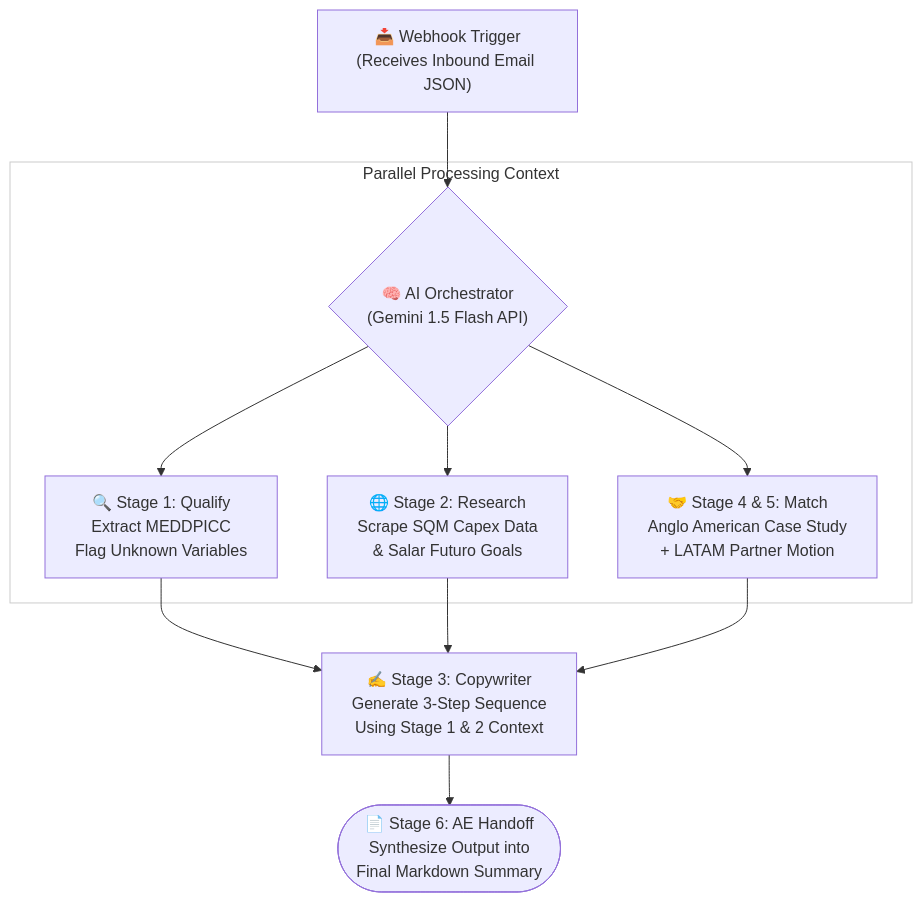
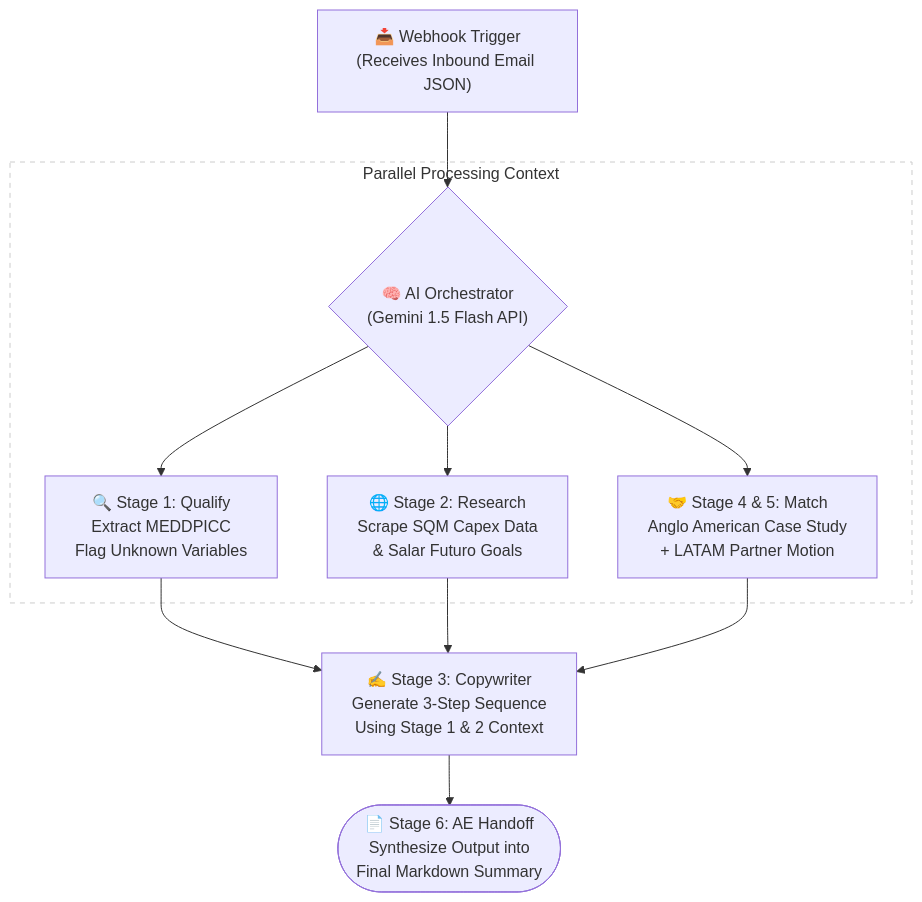
Before and after one commit to kanav232/FlytBase-Autopilot-BDR: the diagram in submission.md, drawn with Mermaid. The commit also changed other lines of this file, not shown here.

````diff
--- a/submission.md
+++ b/submission.md
@@ -11,15 +15,15 @@
 ```mermaid
 flowchart TD
     A["📥 Webhook Trigger<br>(Receives Inbound Email JSON)"] --> B{"🧠 AI Orchestrator<br>(Gemini 1.5 Flash API)"}
     
     subgraph ParallelContext [Parallel Processing Context]
         B --> C["🔍 Stage 1: Qualify<br>Extract MEDDPICC<br>Flag Unknown Variables"]
         B --> D["🌐 Stage 2: Research<br>Scrape SQM Capex Data<br>& Salar Futuro Goals"]
         B --> E["🤝 Stage 4 & 5: Match<br>Anglo American Case Study<br>+ LATAM Partner Motion"]
     end
-    style ParallelContext fill:transparent,stroke:#ccc
+    style ParallelContext fill:transparent,stroke:#ccc,stroke-dasharray: 5 5
     
     C & D & E --> F["✍️ Stage 3: Copywriter<br>Generate 3-Step Sequence<br>Using Stage 1 & 2 Context"]
     
     F --> G(["📄 Stage 6: AE Handoff<br>Synthesize Output into<br>Final Markdown Summary"])
 ```
````
